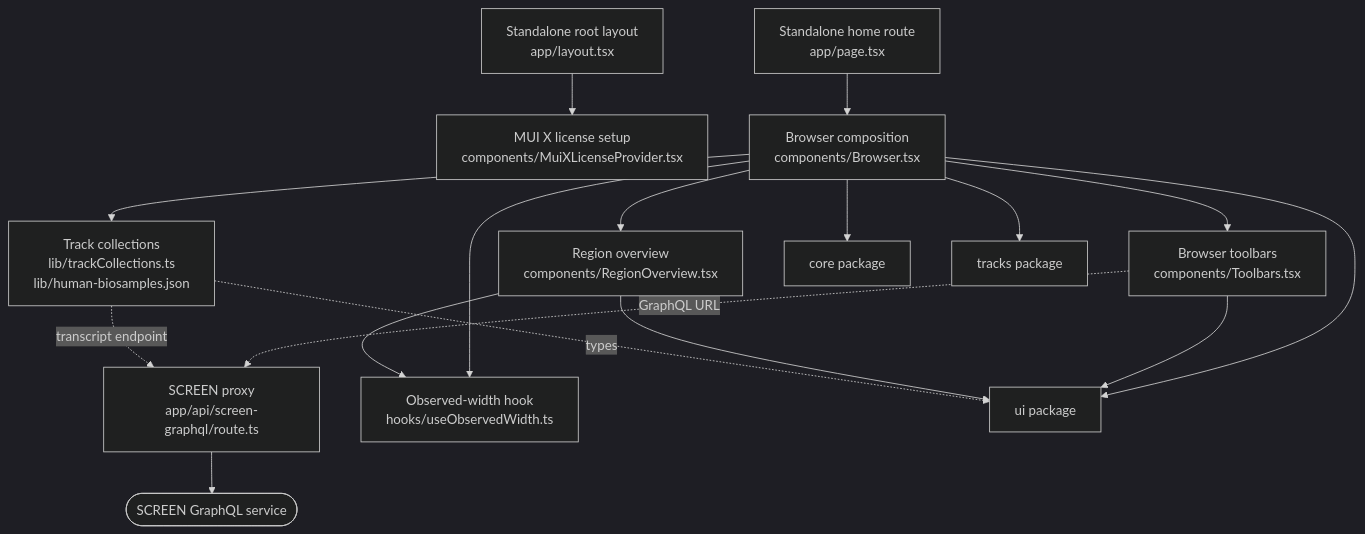
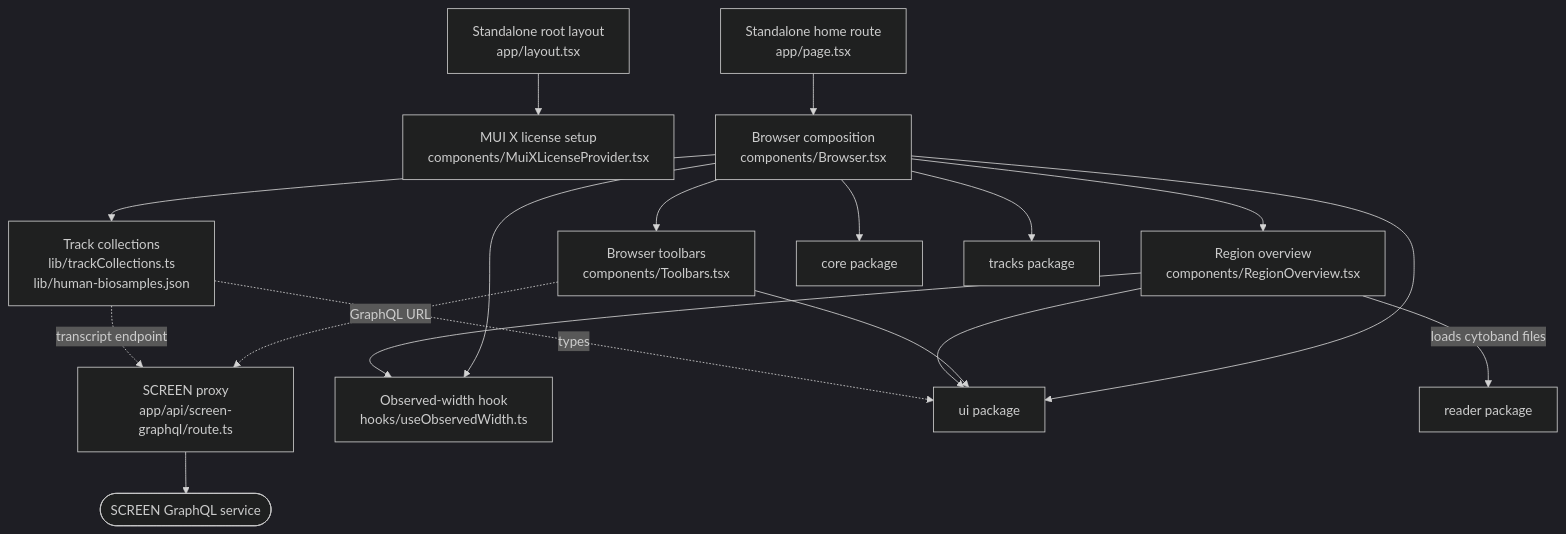
Before and after one commit to weng-lab/genomebrowser: the fifth of 7 diagrams in docs/module-dependencies.md, drawn with Mermaid (dark theme). The commit also changed other lines of this file and 36 other files, not shown here.

````diff
--- a/docs/module-dependencies.md
+++ b/docs/module-dependencies.md
@@ -318,39 +318,41 @@
 ```mermaid
 flowchart TB
   ROOT["Standalone root layout<br/>app/layout.tsx"]
   HOME["Standalone home route<br/>app/page.tsx"]
   API["SCREEN proxy<br/>app/api/screen-graphql/route.ts"]
 
   LICENSE["MUI X license setup<br/>components/MuiXLicenseProvider.tsx"]
 
   BROWSER["Browser composition<br/>components/Browser.tsx"]
   TOOLBARS["Browser toolbars<br/>components/Toolbars.tsx"]
   OVERVIEW["Region overview<br/>components/RegionOverview.tsx"]
   WIDTH["Observed-width hook<br/>hooks/useObservedWidth.ts"]
   COLLECTIONS["Track collections<br/>lib/trackCollections.ts<br/>lib/human-biosamples.json"]
 
   CORE["core package"]
   TRACKS["tracks package"]
   UI["ui package"]
+  READER["reader package"]
   SCREEN(["SCREEN GraphQL service"])
 
   ROOT --> LICENSE
   HOME --> BROWSER
 
   BROWSER --> TOOLBARS
   BROWSER --> OVERVIEW
   BROWSER --> WIDTH
   BROWSER --> COLLECTIONS
   OVERVIEW --> WIDTH
+  OVERVIEW -->|loads cytoband files| READER
 
   BROWSER --> CORE
   BROWSER --> TRACKS
   BROWSER --> UI
   TOOLBARS --> UI
   OVERVIEW --> UI
   COLLECTIONS -. "types" .-> UI
 
   TOOLBARS -. "GraphQL URL" .-> API
   COLLECTIONS -. "transcript endpoint" .-> API
   API --> SCREEN
 ```
````
